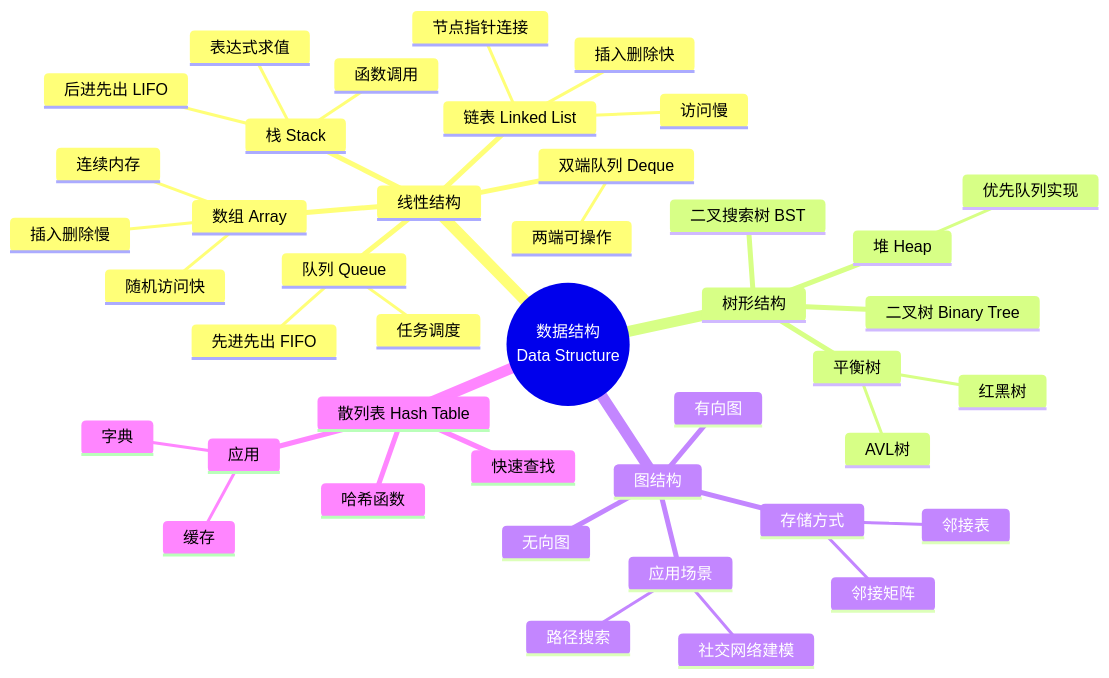
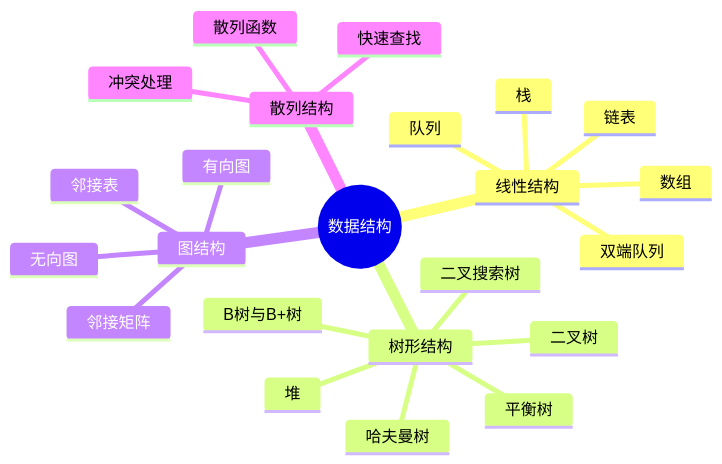
The diagram in content/docs/408/knowledge2/data-structure/01-introduction/01-basic-concepts-complexity.mdx (ActiveInsighter/fumadocs-study), drawn with Mermaid before and after one commit. The commit also changed other lines of this file and 85 other files, not shown here.

````diff
--- a/content/docs/408/knowledge2/data-structure/01-introduction/01-basic-concepts-complexity.mdx
+++ b/content/docs/408/knowledge2/data-structure/01-introduction/01-basic-concepts-complexity.mdx
@@ -142,45 +104,26 @@
 ```mermaid
 mindmap
-  root((数据结构<br/>Data Structure))
+  root((数据结构))
     线性结构
-      数组 Array
-        连续内存
-        随机访问快
-        插入删除慢
-      链表 Linked List
-        节点指针连接
-        插入删除快
-        访问慢
-      栈 Stack
-        后进先出 LIFO
-        函数调用
-        表达式求值
-      队列 Queue
-        先进先出 FIFO
-        任务调度
-      双端队列 Deque
-        两端可操作
+      数组
+      链表
+      栈
+      队列
+      双端队列
     树形结构
-      二叉树 Binary Tree
-      二叉搜索树 BST
-      堆 Heap
-        优先队列实现
+      二叉树
+      二叉搜索树
+      堆
       平衡树
-        AVL树
-        红黑树
+      哈夫曼树
+      B树与B+树
     图结构
       有向图
       无向图
-      存储方式
-        邻接矩阵
-        邻接表
-      应用场景
-        路径搜索
-        社交网络建模
-    散列表 Hash Table
-      哈希函数
+      邻接矩阵
+      邻接表
+    散列结构
+      散列函数
+      冲突处理
       快速查找
-      应用
-        字典
-        缓存
 ```
````
